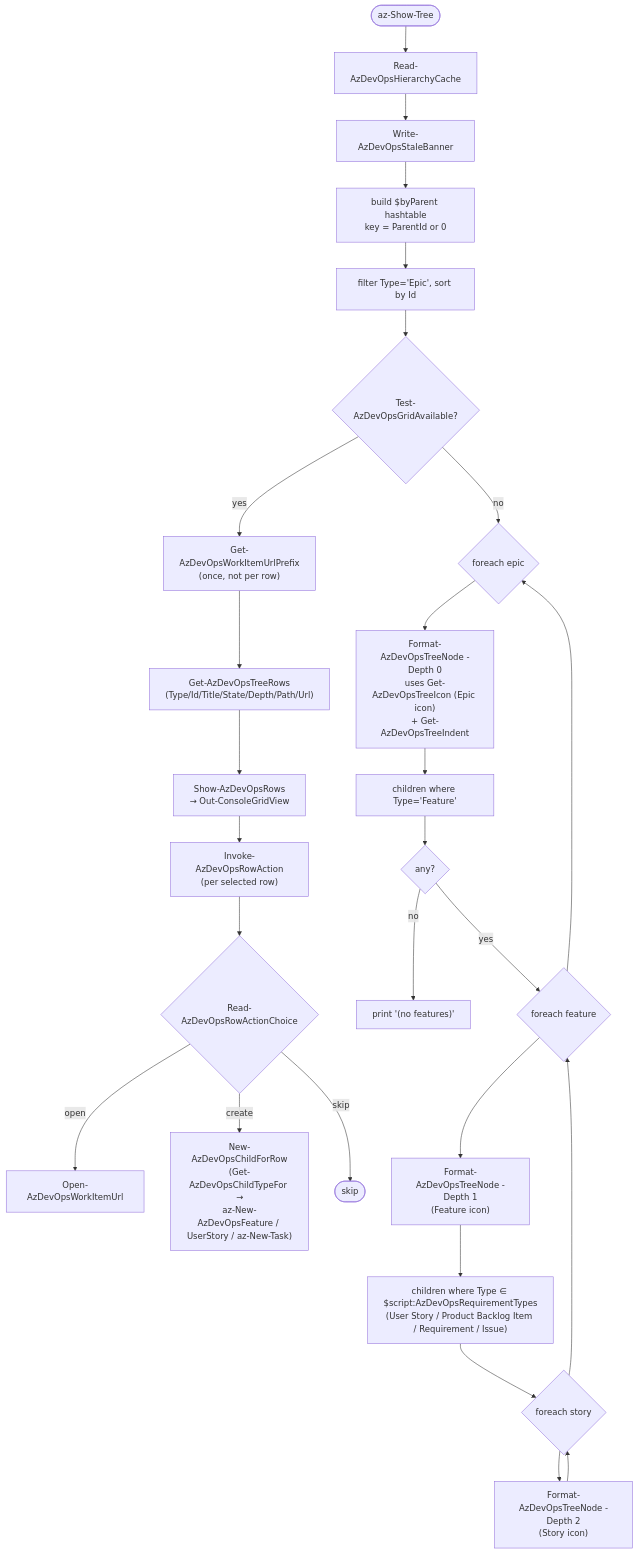
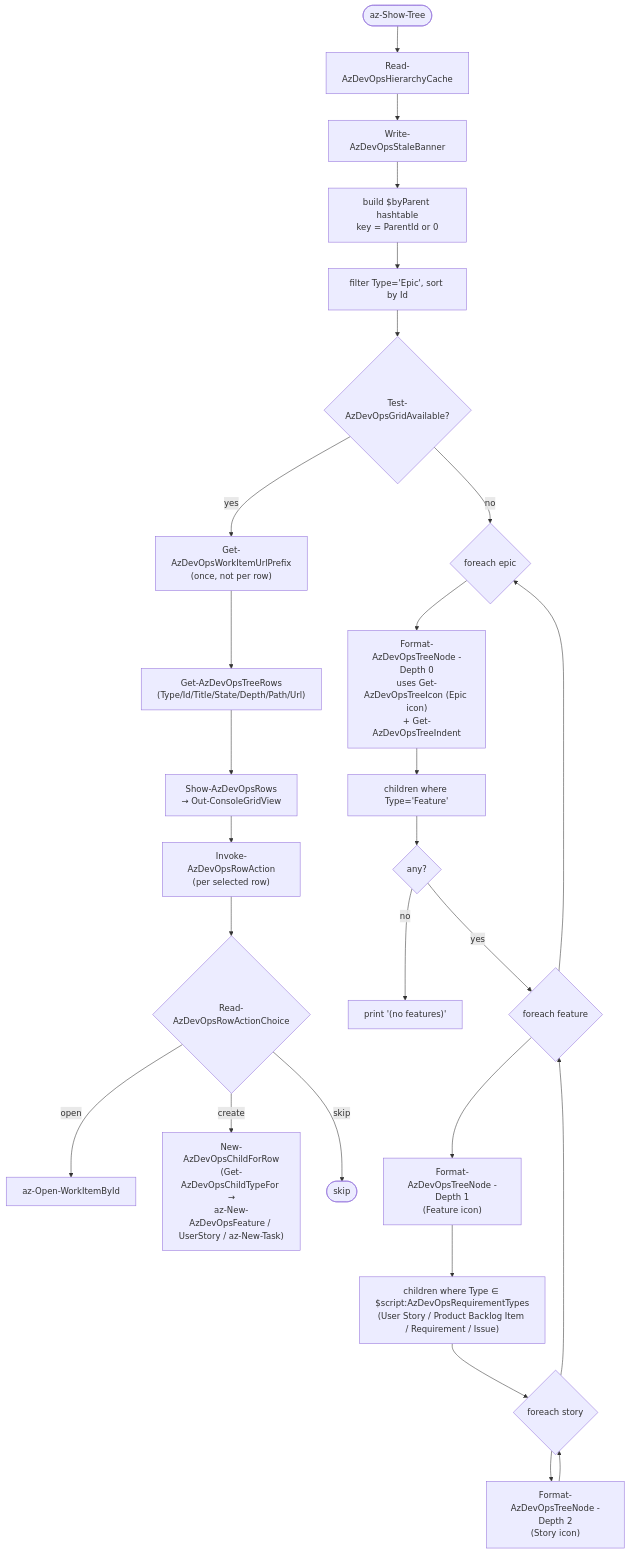
The seventh of 13 diagrams in docs/azure-devops-diagrams.md (jdschleicher/bashcuts), drawn with Mermaid before and after one commit. The commit also changed other lines of this file and 10 other files, not shown here.

First line of the commit message:
Drop "AzDevOps" infix from az-Open-* names and add public az-Open-WorkItemById

````diff
--- a/docs/azure-devops-diagrams.md
+++ b/docs/azure-devops-diagrams.md
@@ -349,29 +349,29 @@
 ```mermaid
 flowchart TD
     Start([az-Show-Tree]) --> Read[Read-AzDevOpsHierarchyCache]
     Read --> Banner[Write-AzDevOpsStaleBanner]
     Banner --> Index["build $byParent hashtable<br/>key = ParentId or 0"]
     Index --> Epics["filter Type='Epic', sort by Id"]
     Epics --> Grid{Test-AzDevOpsGridAvailable?}
     Grid -- yes --> Pfx["Get-AzDevOpsWorkItemUrlPrefix<br/>(once, not per row)"]
     Pfx --> RowsFn["Get-AzDevOpsTreeRows<br/>(Type/Id/Title/State/Depth/Path/Url)"]
     RowsFn --> Show["Show-AzDevOpsRows<br/>→ Out-ConsoleGridView"]
     Show --> Action["Invoke-AzDevOpsRowAction<br/>(per selected row)"]
     Action --> Choice{Read-AzDevOpsRowActionChoice}
-    Choice -- open --> OpenSel["Open-AzDevOpsWorkItemUrl"]
+    Choice -- open --> OpenSel["az-Open-WorkItemById"]
     Choice -- create --> Child["New-AzDevOpsChildForRow<br/>(Get-AzDevOpsChildTypeFor →<br/>az-New-AzDevOpsFeature / UserStory / az-New-Task)"]
     Choice -- skip --> NoOp([skip])
     Grid -- no --> ForEpic{foreach epic}
     ForEpic --> NodeE["Format-AzDevOpsTreeNode -Depth 0<br/>uses Get-AzDevOpsTreeIcon (Epic icon)<br/>+ Get-AzDevOpsTreeIndent"]
     NodeE --> Features["children where Type='Feature'"]
     Features --> NoFeat{any?}
     NoFeat -- no --> Empty["print '(no features)'"]
     NoFeat -- yes --> ForFeat{foreach feature}
     ForFeat --> NodeF["Format-AzDevOpsTreeNode -Depth 1<br/>(Feature icon)"]
     NodeF --> Stories["children where Type ∈ $script:AzDevOpsRequirementTypes<br/>(User Story / Product Backlog Item / Requirement / Issue)"]
     Stories --> ForStory{foreach story}
     ForStory --> NodeS["Format-AzDevOpsTreeNode -Depth 2<br/>(Story icon)"]
     NodeS --> ForStory
     ForStory --> ForFeat
     ForFeat --> ForEpic
 ```
````
